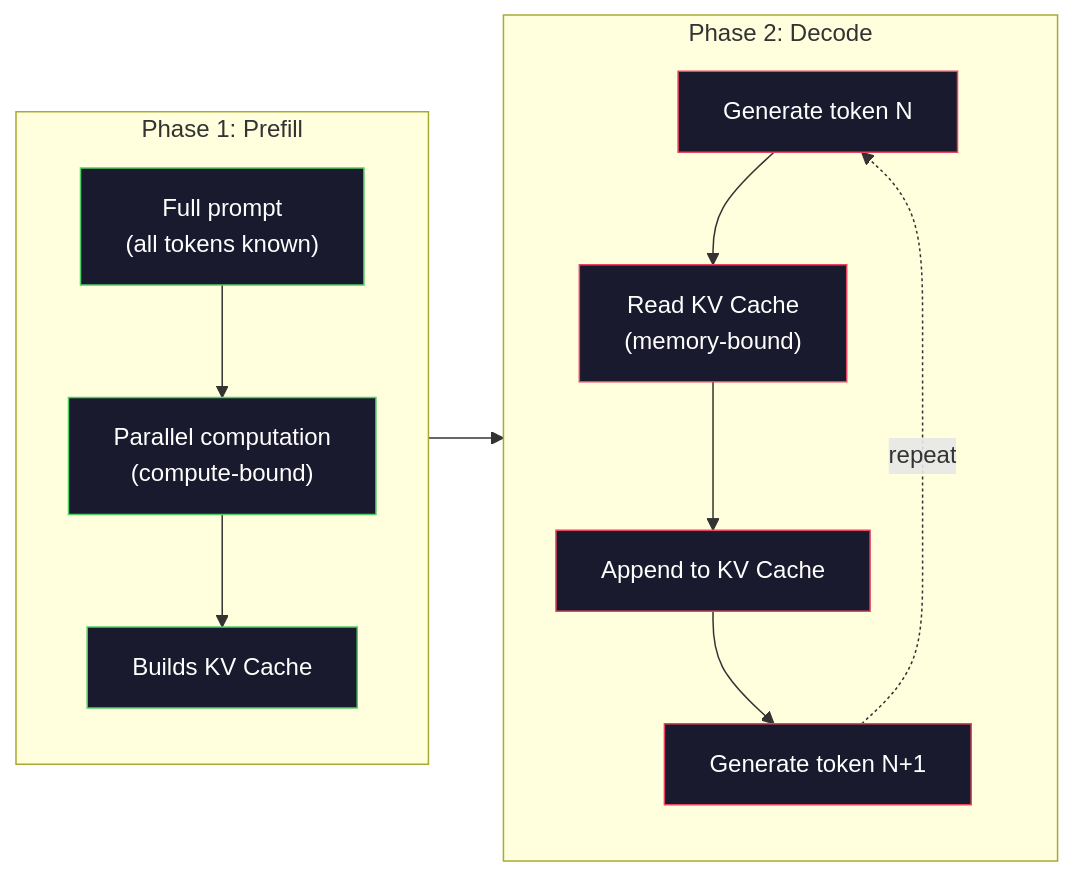
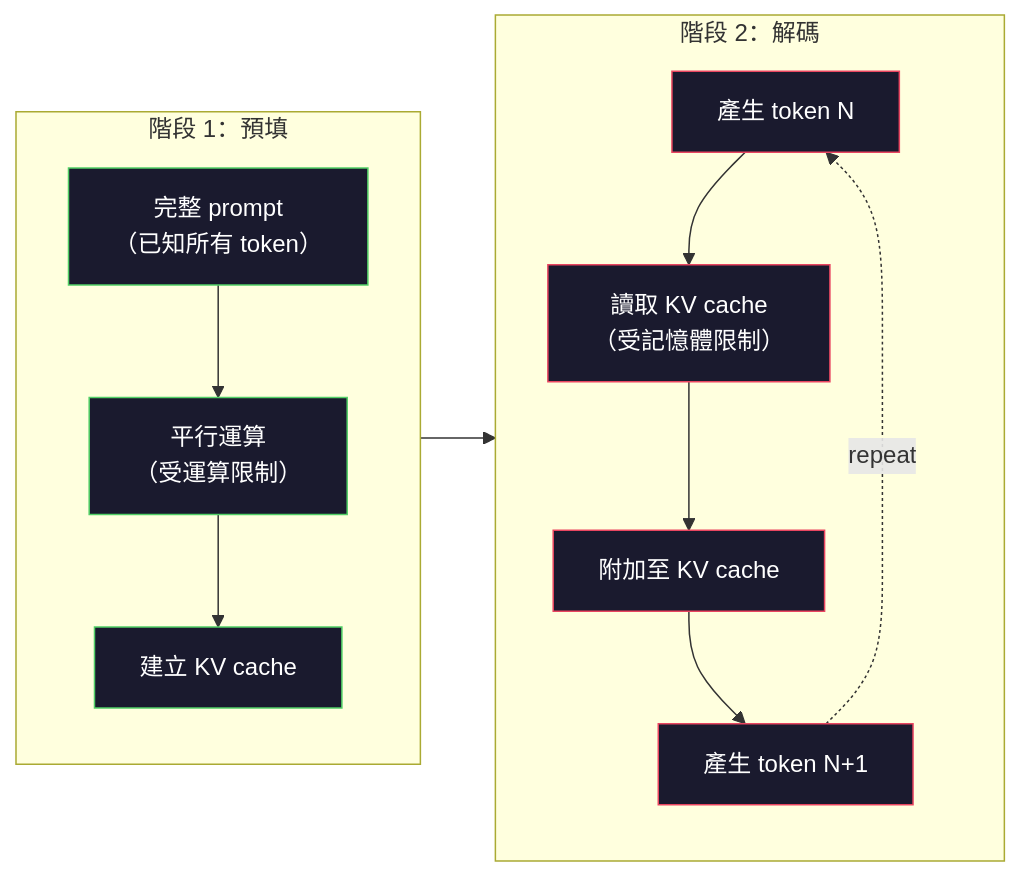
The third of 3 diagrams in i18n/zh-TW/phases/10-llms-from-scratch/04-pre-training-mini-gpt/docs/zh-TW.md (edward821220/ai-engineering-from-scratch), drawn with Mermaid before and after one commit. The commit also changed other lines of this file and 123 other files, not shown here.

````diff
--- a/i18n/zh-TW/phases/10-llms-from-scratch/04-pre-training-mini-gpt/docs/zh-TW.md
+++ b/i18n/zh-TW/phases/10-llms-from-scratch/04-pre-training-mini-gpt/docs/zh-TW.md
@@ -164,30 +164,30 @@
 ```mermaid
 graph LR
-    subgraph Prefill["Phase 1: Prefill"]
+    subgraph Prefill["階段 1：預填"]
         direction TB
-        P1["Full prompt\n(all tokens known)"]
-        P2["Parallel computation\n(compute-bound)"]
-        P3["Builds KV Cache"]
+        P1["完整 prompt\n（已知所有 token）"]
+        P2["平行運算\n（受運算限制）"]
+        P3["建立 KV cache"]
         P1 --> P2 --> P3
     end
 
-    subgraph Decode["Phase 2: Decode"]
+    subgraph Decode["階段 2：解碼"]
         direction TB
-        D1["Generate token N"]
-        D2["Read KV Cache\n(memory-bound)"]
-        D3["Append to KV Cache"]
-        D4["Generate token N+1"]
+        D1["產生 token N"]
+        D2["讀取 KV cache\n（受記憶體限制）"]
+        D3["附加至 KV cache"]
+        D4["產生 token N+1"]
         D1 --> D2 --> D3 --> D4
         D4 -.->|repeat| D1
     end
 
     Prefill --> Decode
 
     style P1 fill:#1a1a2e,stroke:#51cf66,color:#fff
     style P2 fill:#1a1a2e,stroke:#51cf66,color:#fff
     style P3 fill:#1a1a2e,stroke:#51cf66,color:#fff
     style D1 fill:#1a1a2e,stroke:#e94560,color:#fff
     style D2 fill:#1a1a2e,stroke:#e94560,color:#fff
     style D3 fill:#1a1a2e,stroke:#e94560,color:#fff
     style D4 fill:#1a1a2e,stroke:#e94560,color:#fff
 ```
````
